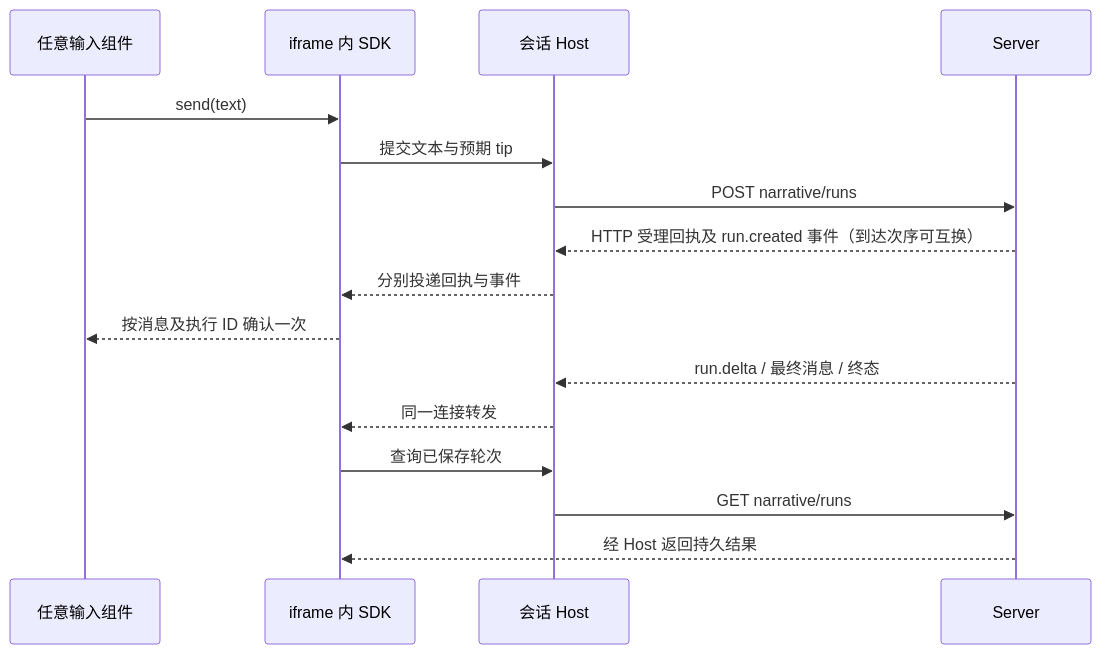
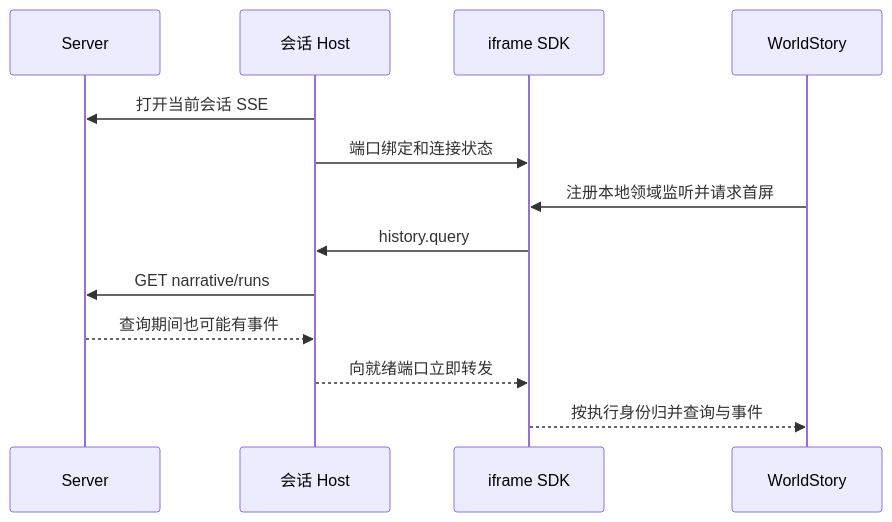
One commit to huiru-wang/SillyRealms changed the second of 2 diagrams in plan/可组合舞台与薄宿主架构方案.md. Above: the diagram before and after it, drawn with Mermaid. The commit also changed other lines of this file and 2 other files, not shown here.

Commit message:
docs: define launch stage architecture and SDK contract

````diff
--- a/plan/可组合舞台与薄宿主架构方案.md
+++ b/plan/可组合舞台与薄宿主架构方案.md
@@ -130,18 +92,15 @@
 ```mermaid
 sequenceDiagram
-    participant C as 任意输入组件
-    participant D as iframe 内 SDK
+    participant S as Server
     participant H as 会话 Host
-    participant S as Server
-    C->>D: send(text)
-    D->>H: 提交文本与预期 tip
-    H->>S: POST narrative/runs
-    S-->>H: HTTP 受理回执及 run.created 事件（到达次序可互换）
-    H-->>D: 分别投递回执与事件
-    D-->>C: 按消息及执行 ID 确认一次
-    S-->>H: run.delta / 最终消息 / 终态
-    H-->>D: 同一连接转发
-    D->>H: 查询已保存轮次
+    participant D as iframe SDK
+    participant W as WorldStory
+    H->>S: 打开当前会话 SSE
+    H->>D: 端口绑定和连接状态
+    W->>D: 注册本地领域监听并请求首屏
+    D->>H: history.query
     H->>S: GET narrative/runs
-    S-->>D: 经 Host 返回持久结果
+    S-->>H: 查询期间也可能有事件
+    H-->>D: 向就绪端口立即转发
+    D-->>W: 按执行身份归并查询与事件
 ```
````
